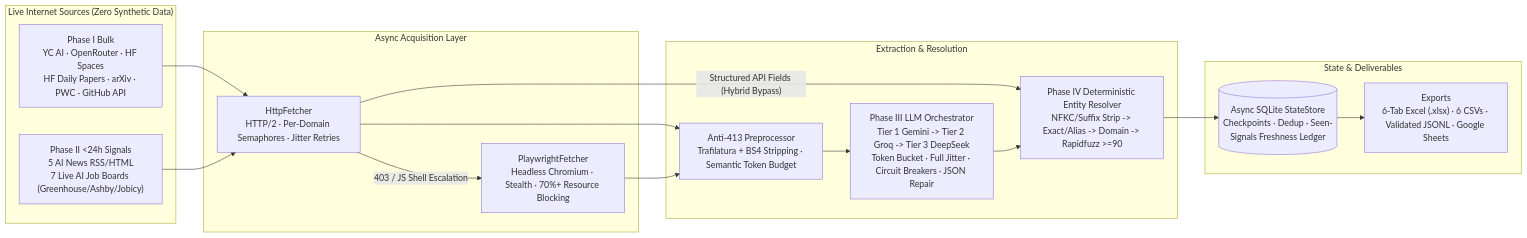
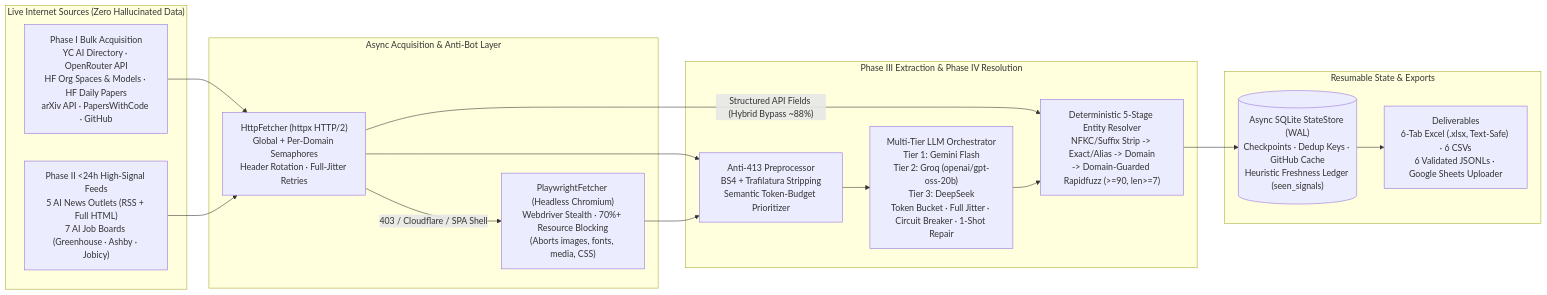
One commit to Keninjavelas/Tessera changed the diagram in README.md. Above: the diagram before and after it, drawn with Mermaid. The commit also changed other lines of this file and 56 other files, not shown here.

Commit message:
feat: production Tessera AI intelligence ingestion pipeline, exports, tests, and architecture.pdf

````diff
--- a/README.md
+++ b/README.md
@@ -9,34 +20,34 @@
 ```mermaid
 flowchart LR
-    subgraph Sources["Live Internet Sources (Zero Synthetic Data)"]
-        S1["Phase I Bulk\nYC AI · OpenRouter · HF Spaces\nHF Daily Papers · arXiv · PWC · GitHub API"]
-        S2["Phase II <24h Signals\n5 AI News RSS/HTML\n7 Live AI Job Boards (Greenhouse/Ashby/Jobicy)"]
+    subgraph Sources["Live Internet Sources (Zero Hallucinated Data)"]
+        P1["Phase I Bulk Acquisition\nYC AI Directory · OpenRouter API\nHF Org Spaces & Models · HF Daily Papers\narXiv API · PapersWithCode · GitHub"]
+        P2["Phase II <24h High-Signal Feeds\n5 AI News Outlets (RSS + Full HTML)\n7 AI Job Boards (Greenhouse · Ashby · Jobicy)"]
     end
 
-    subgraph Fetch["Async Acquisition Layer"]
-        HTTP["HttpFetcher\nHTTP/2 · Per-Domain Semaphores · Jitter Retries"]
-        PW["PlaywrightFetcher\nHeadless Chromium · Stealth · 70%+ Resource Blocking"]
-        HTTP -- "403 / JS Shell Escalation" --> PW
+    subgraph Fetch["Async Acquisition & Anti-Bot Layer"]
+        HTTP["HttpFetcher (httpx HTTP/2)\nGlobal + Per-Domain Semaphores\nHeader Rotation · Full-Jitter Retries"]
+        PW["PlaywrightFetcher (Headless Chromium)\nWebdriver Stealth · 70%+ Resource Blocking\n(Aborts images, fonts, media, CSS)"]
+        HTTP -- "403 / Cloudflare / SPA Shell" --> PW
     end
 
-    subgraph Core["Extraction & Resolution"]
-        PRE["Anti-413 Preprocessor\nTrafilatura + BS4 Stripping · Semantic Token Budget"]
-        LLM["Phase III LLM Orchestrator\nTier 1 Gemini -> Tier 2 Groq -> Tier 3 DeepSeek\nToken Bucket · Full Jitter · Circuit Breakers · JSON Repair"]
-        ER["Phase IV Deterministic Entity Resolver\nNFKC/Suffix Strip -> Exact/Alias -> Domain -> Rapidfuzz >=90"]
+    subgraph Extract["Phase III Extraction & Phase IV Resolution"]
+        PRE["Anti-413 Preprocessor\nBS4 + Trafilatura Stripping\nSemantic Token-Budget Prioritizer"]
+        LLM["Multi-Tier LLM Orchestrator\nTier 1: Gemini Flash\nTier 2: Groq (openai/gpt-oss-20b)\nTier 3: DeepSeek\nToken Bucket · Full Jitter · Circuit Breaker · 1-Shot Repair"]
+        ER["Deterministic 5-Stage Entity Resolver\nNFKC/Suffix Strip -> Exact/Alias -> Domain\n-> Domain-Guarded Rapidfuzz (>=90, len>=7)"]
     end
 
-    subgraph Persist["State & Deliverables"]
-        SQLITE[("Async SQLite StateStore\nCheckpoints · Dedup · Seen-Signals Freshness Ledger")]
-        EXP["Exports\n6-Tab Excel (.xlsx) · 6 CSVs · Validated JSONL · Google Sheets"]
+    subgraph Persist["Resumable State & Exports"]
+        DB[("Async SQLite StateStore (WAL)\nCheckpoints · Dedup Keys · GitHub Cache\nHeuristic Freshness Ledger (seen_signals)")]
+        OUT["Deliverables\n6-Tab Excel (.xlsx, Text-Safe) · 6 CSVs\n6 Validated JSONLs · Google Sheets Uploader"]
     end
 
-    S1 --> HTTP
-    S2 --> HTTP
+    P1 --> HTTP
+    P2 --> HTTP
     HTTP --> PRE
     PW --> PRE
     PRE --> LLM
-    HTTP -- "Structured API Fields (Hybrid Bypass)" --> ER
+    HTTP -- "Structured API Fields (Hybrid Bypass ~88%)" --> ER
     LLM --> ER
-    ER --> SQLITE
-    SQLITE --> EXP
+    ER --> DB
+    DB --> OUT
 ```
````
